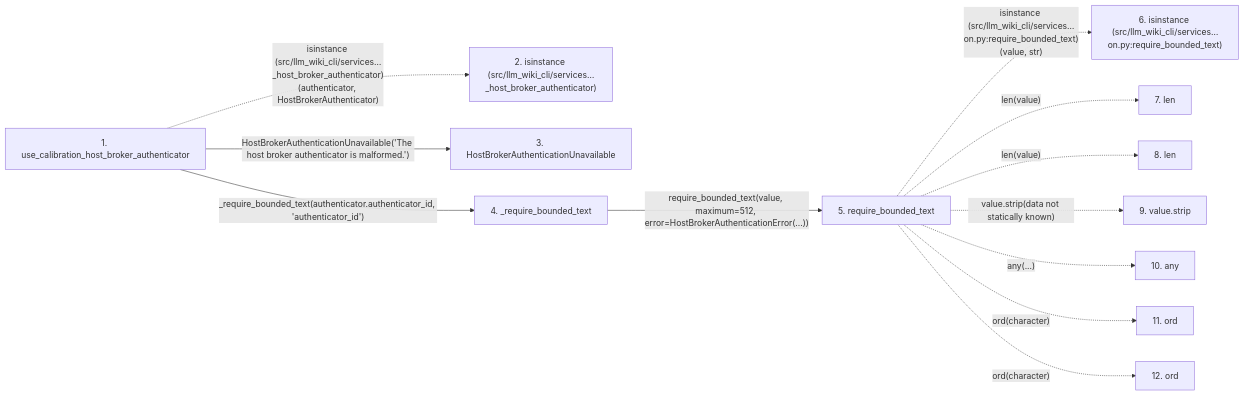
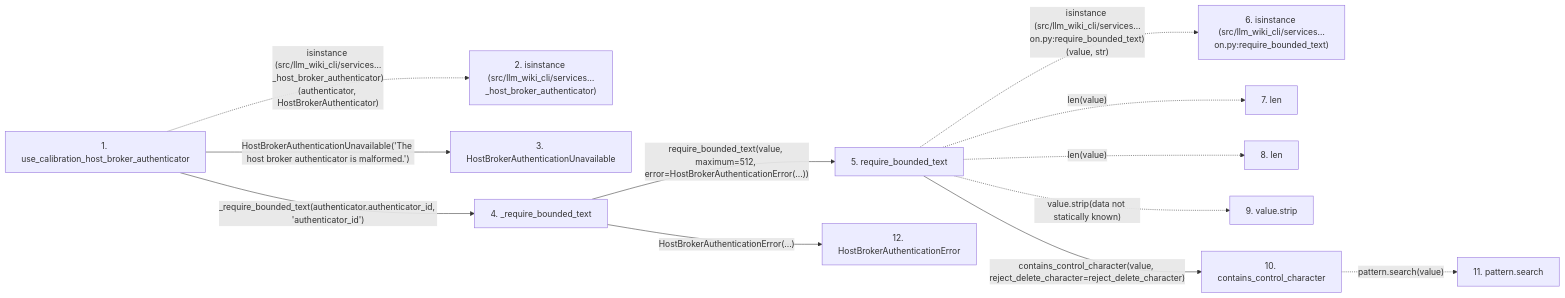
The second of 2 diagrams in docs/llm_wiki/flows/api-use_calibration_host_broker_authenticator-host_broker.md (Denissvgn/python-wiki-llm), drawn with Mermaid before and after one commit. The commit also changed other lines of this file and 865 other files, not shown here.

````diff
--- a/docs/llm_wiki/flows/api-use_calibration_host_broker_authenticator-host_broker.md
+++ b/docs/llm_wiki/flows/api-use_calibration_host_broker_authenticator-host_broker.md
@@ -44,30 +43,32 @@
 ```mermaid
 flowchart LR
     s1["1. use_calibration_host_broker_authenticator"]
     s2["2. isinstance (src/llm_wiki_cli/services…_host_broker_authenticator)"]
     s3["3. HostBrokerAuthenticationUnavailable"]
     s4["4. _require_bounded_text"]
     s5["5. require_bounded_text"]
     s6["6. isinstance (src/llm_wiki_cli/services…on.py:require_bounded_text)"]
     s7["7. len"]
     s8["8. len"]
     s9["9. value.strip"]
-    s10["10. any"]
-    s11["11. ord"]
-    s12["12. ord"]
+    s10["10. contains_control_character"]
+    s11["11. pattern.search"]
+    s12["12. HostBrokerAuthenticationError"]
     s1 -. "isinstance (src/llm_wiki_cli/services…_host_broker_authenticator)(authenticator, HostBrokerAuthenticator)" .-> s2
     s1 -->|"HostBrokerAuthenticationUnavailable('The host broker authenticator is malformed.')"| s3
     s1 -->|"_require_bounded_text(authenticator.authenticator_id, 'authenticator_id')"| s4
     s4 -->|"require_bounded_text(value, maximum=512, error=HostBrokerAuthenticationError(...))"| s5
     s5 -. "isinstance (src/llm_wiki_cli/services…on.py:require_bounded_text)(value, str)" .-> s6
     s5 -. "len(value)" .-> s7
     s5 -. "len(value)" .-> s8
     s5 -. "value.strip(data not statically known)" .-> s9
-    s5 -. "any(...)" .-> s10
-    s5 -. "ord(character)" .-> s11
-    s5 -. "ord(character)" .-> s12
+    s5 -->|"contains_control_character(value, reject_delete_character=reject_delete_character)"| s10
+    s10 -. "pattern.search(value)" .-> s11
+    s4 -->|"HostBrokerAuthenticationError(...)"| s12
     click s1 "../modules/host_broker.md"
     click s3 "../modules/host_broker.md"
     click s4 "../modules/host_broker.md"
     click s5 "../modules/validation.md"
+    click s10 "../modules/validation.md"
+    click s12 "../modules/host_broker.md"
 ```
````
